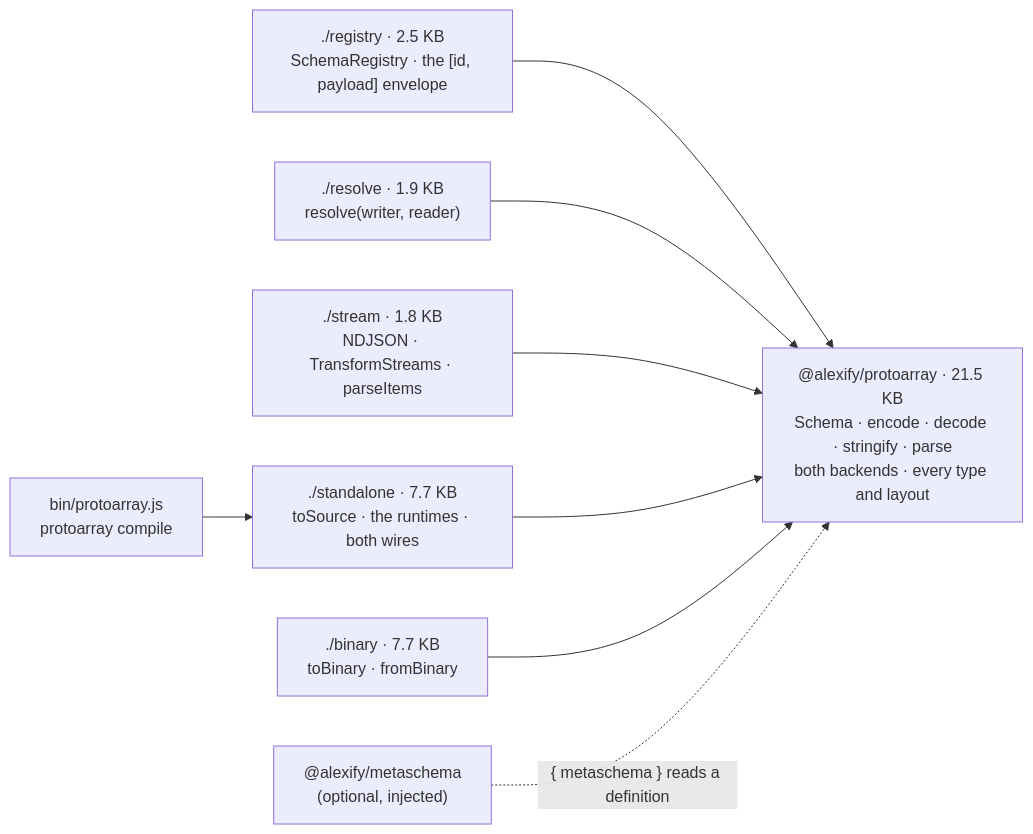
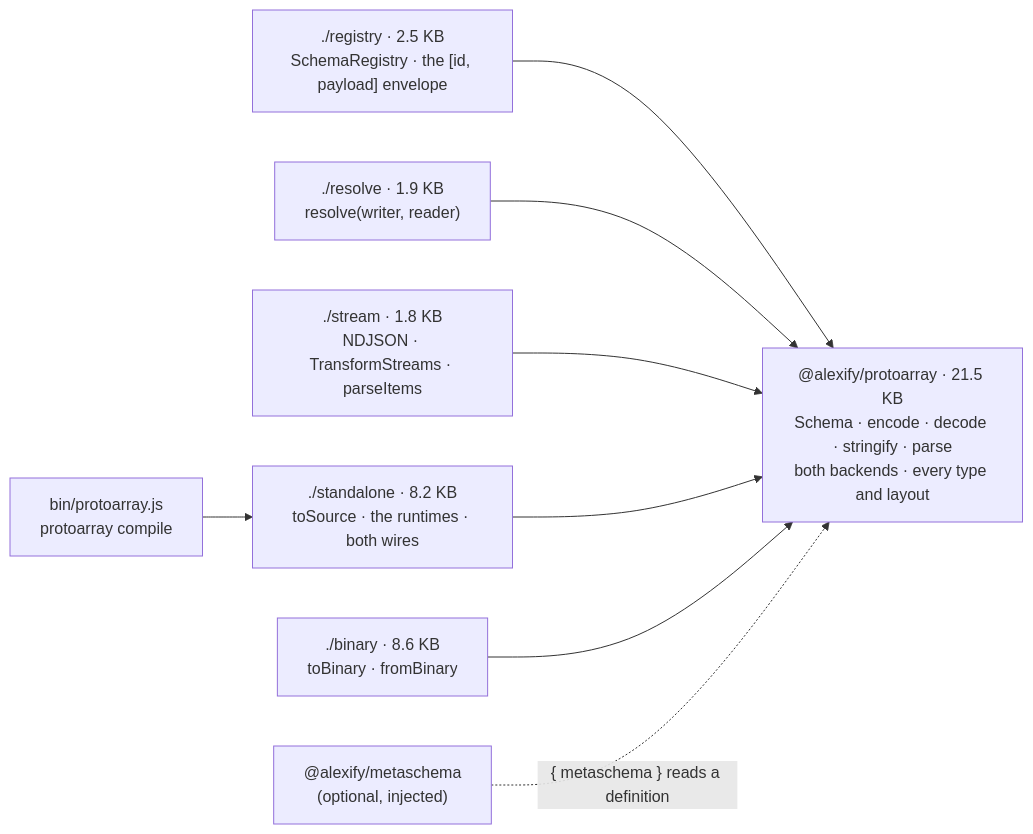
Before and after one commit to Alexis-Technologies/protoarray: the second of 8 diagrams in docs/guide/architecture.md, drawn with Mermaid. The commit also changed 3 other files, not shown here.

Commit message:
docs(binary): the subpath sizes after standalone and resolve joined the binary wire

````diff
--- a/docs/guide/architecture.md
+++ b/docs/guide/architecture.md
@@ -36,11 +36,11 @@
 ```mermaid
 flowchart LR
     REG["./registry · 2.5 KB<br/>SchemaRegistry · the [id, payload] envelope"] --> CORE
     RES["./resolve · 1.9 KB<br/>resolve(writer, reader)"] --> CORE
     STR["./stream · 1.8 KB<br/>NDJSON · TransformStreams · parseItems"] --> CORE
-    STA["./standalone · 7.7 KB<br/>toSource · the runtimes · both wires"] --> CORE
-    BIN["./binary · 7.7 KB<br/>toBinary · fromBinary"] --> CORE
+    STA["./standalone · 8.2 KB<br/>toSource · the runtimes · both wires"] --> CORE
+    BIN["./binary · 8.6 KB<br/>toBinary · fromBinary"] --> CORE
     CLI["bin/protoarray.js<br/>protoarray compile"] --> STA
     CORE["@alexify/protoarray · 21.5 KB<br/>Schema · encode · decode · stringify · parse<br/>both backends · every type and layout"]
     MS["@alexify/metaschema<br/>(optional, injected)"] -.->|"{ metaschema } reads a definition"| CORE
 ```
````
